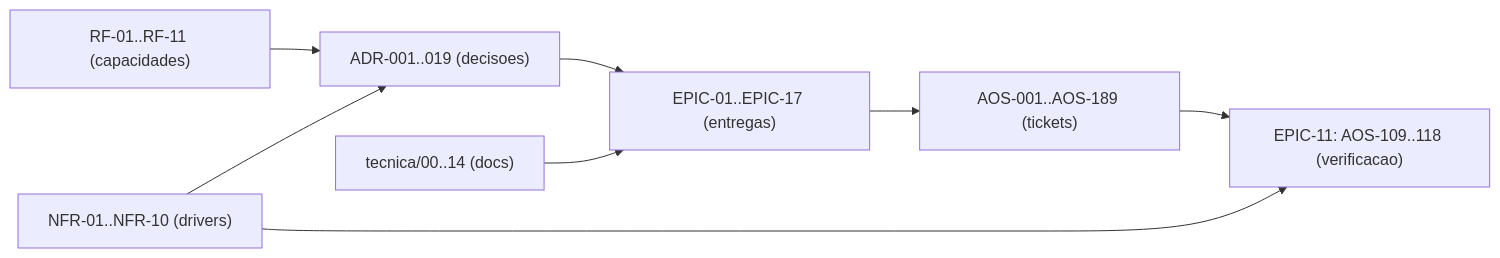
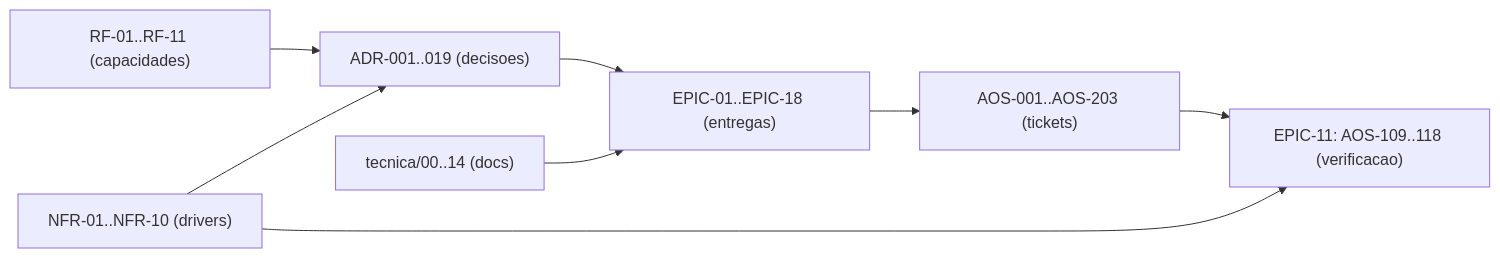
One commit to albinoJimy/aos changed the diagram in tecnica/16_Rastreabilidade_RTM.md. Above: the diagram before and after it, drawn with Mermaid. The commit also changed other lines of this file and 7 other files, not shown here.

````diff
--- a/tecnica/16_Rastreabilidade_RTM.md
+++ b/tecnica/16_Rastreabilidade_RTM.md
@@ -168,10 +166,10 @@
 ```mermaid
 flowchart LR
     RF["RF-01..RF-11 (capacidades)"] --> ADR["ADR-001..019 (decisoes)"]
     NFR["NFR-01..NFR-10 (drivers)"] --> ADR
-    ADR --> EPIC["EPIC-01..EPIC-17 (entregas)"]
-    EPIC --> TICK["AOS-001..AOS-189 (tickets)"]
+    ADR --> EPIC["EPIC-01..EPIC-18 (entregas)"]
+    EPIC --> TICK["AOS-001..AOS-203 (tickets)"]
     DOC["tecnica/00..14 (docs)"] --> EPIC
     TICK --> TEST["EPIC-11: AOS-109..118 (verificacao)"]
     NFR --> TEST
 ```
````
